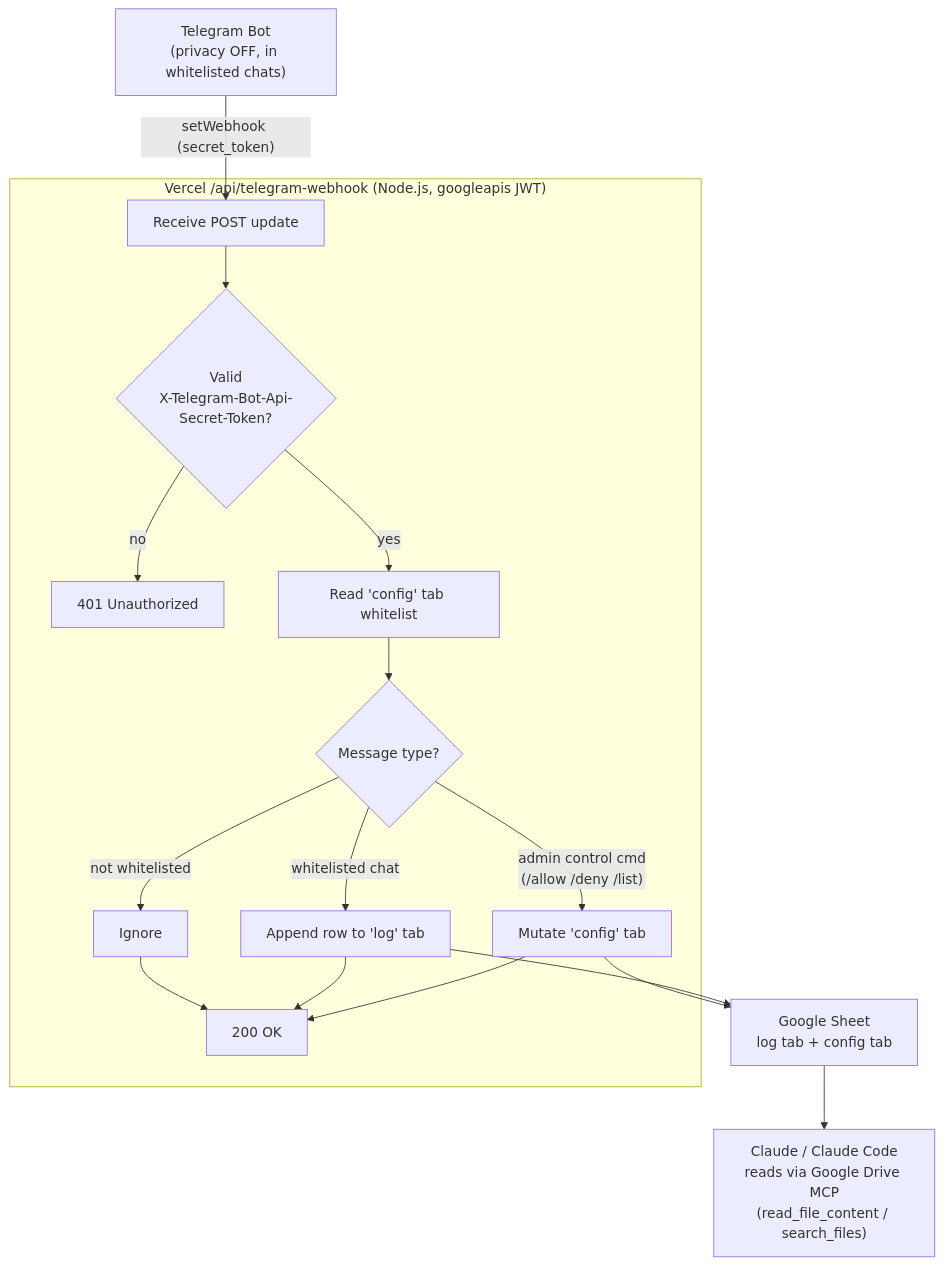
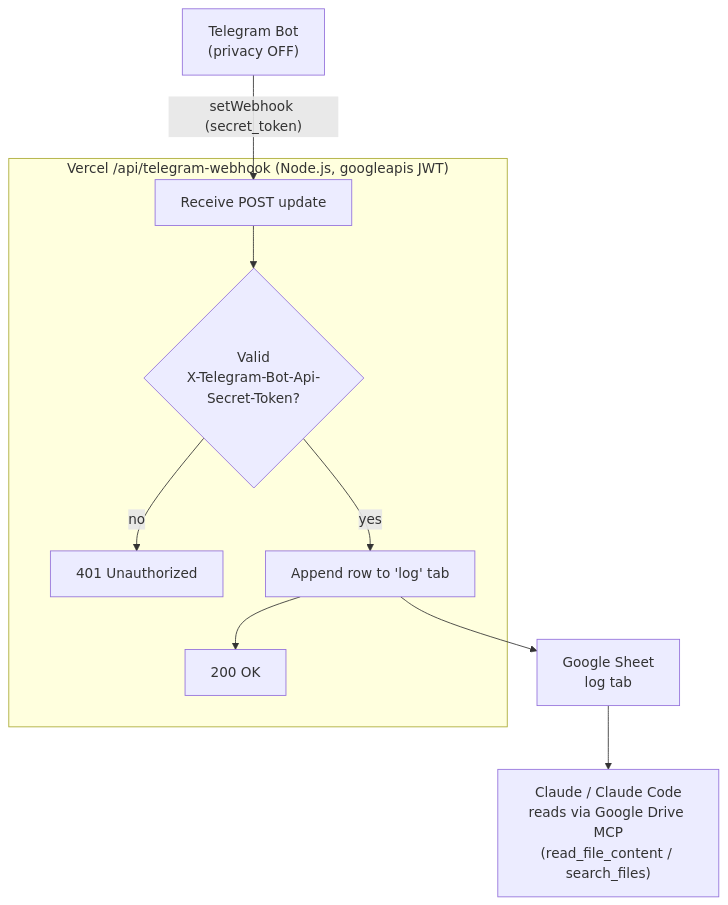
One commit to chunhuduc/personal-secretary changed the diagram in README.md. Above: the diagram before and after it, drawn with Mermaid. The commit also changed other lines of this file and 7 other files, not shown here.

First line of the commit message:
Simplify to presence-based logging, drop whitelist/admin commands

````diff
--- a/README.md
+++ b/README.md
@@ -12,26 +13,18 @@
 ```mermaid
 flowchart TD
-    TG["Telegram Bot<br/>(privacy OFF, in whitelisted chats)"]
+    TG["Telegram Bot<br/>(privacy OFF)"]
     TG -- "setWebhook (secret_token)" --> WH
 
     subgraph Vercel["Vercel /api/telegram-webhook (Node.js, googleapis JWT)"]
         WH["Receive POST update"]
         VERIFY{"Valid<br/>X-Telegram-Bot-Api-<br/>Secret-Token?"}
         WH --> VERIFY
         VERIFY -- "no" --> R401["401 Unauthorized"]
-        VERIFY -- "yes" --> READCFG["Read 'config' tab whitelist"]
-        READCFG --> BRANCH{"Message type?"}
-        BRANCH -- "admin control cmd<br/>(/allow /deny /list)" --> MUTATE["Mutate 'config' tab"]
-        BRANCH -- "whitelisted chat" --> APPEND["Append row to 'log' tab"]
-        BRANCH -- "not whitelisted" --> IGNORE["Ignore"]
-        MUTATE --> OK["200 OK"]
-        APPEND --> OK
-        IGNORE --> OK
+        VERIFY -- "yes" --> APPEND["Append row to 'log' tab"]
+        APPEND --> OK["200 OK"]
     end
 
     APPEND --> SHEET
-    MUTATE --> SHEET
-
-    SHEET["Google Sheet<br/>log tab + config tab"]
+    SHEET["Google Sheet<br/>log tab"]
     SHEET --> CLAUDE["Claude / Claude Code<br/>reads via Google Drive MCP<br/>(read_file_content / search_files)"]
 ```
````
